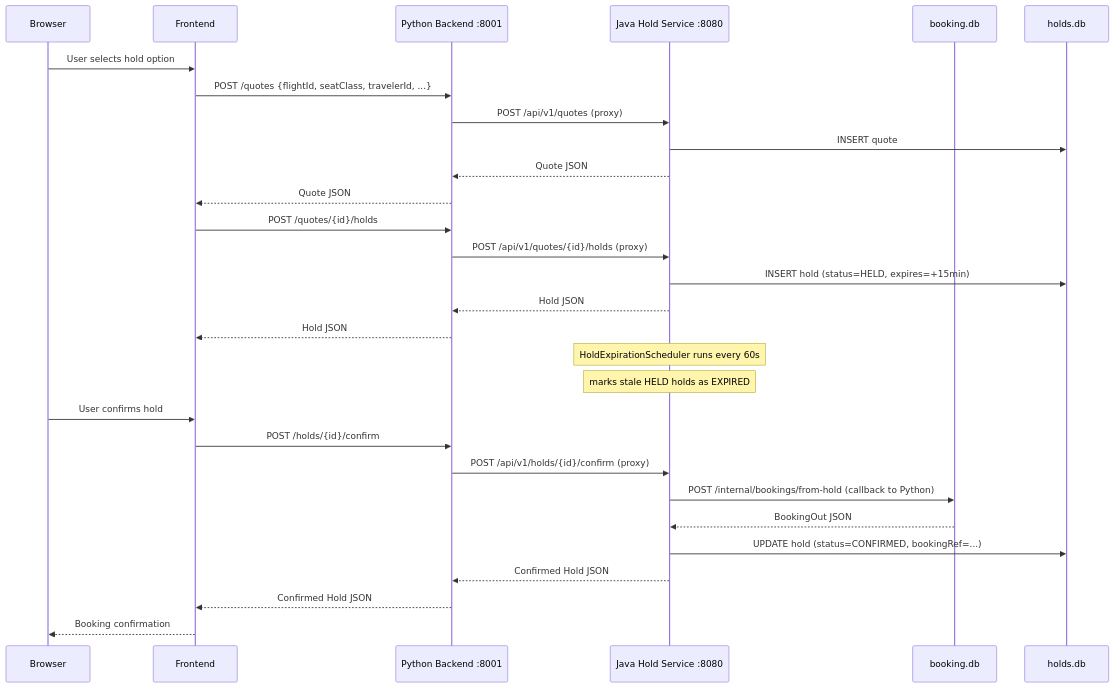
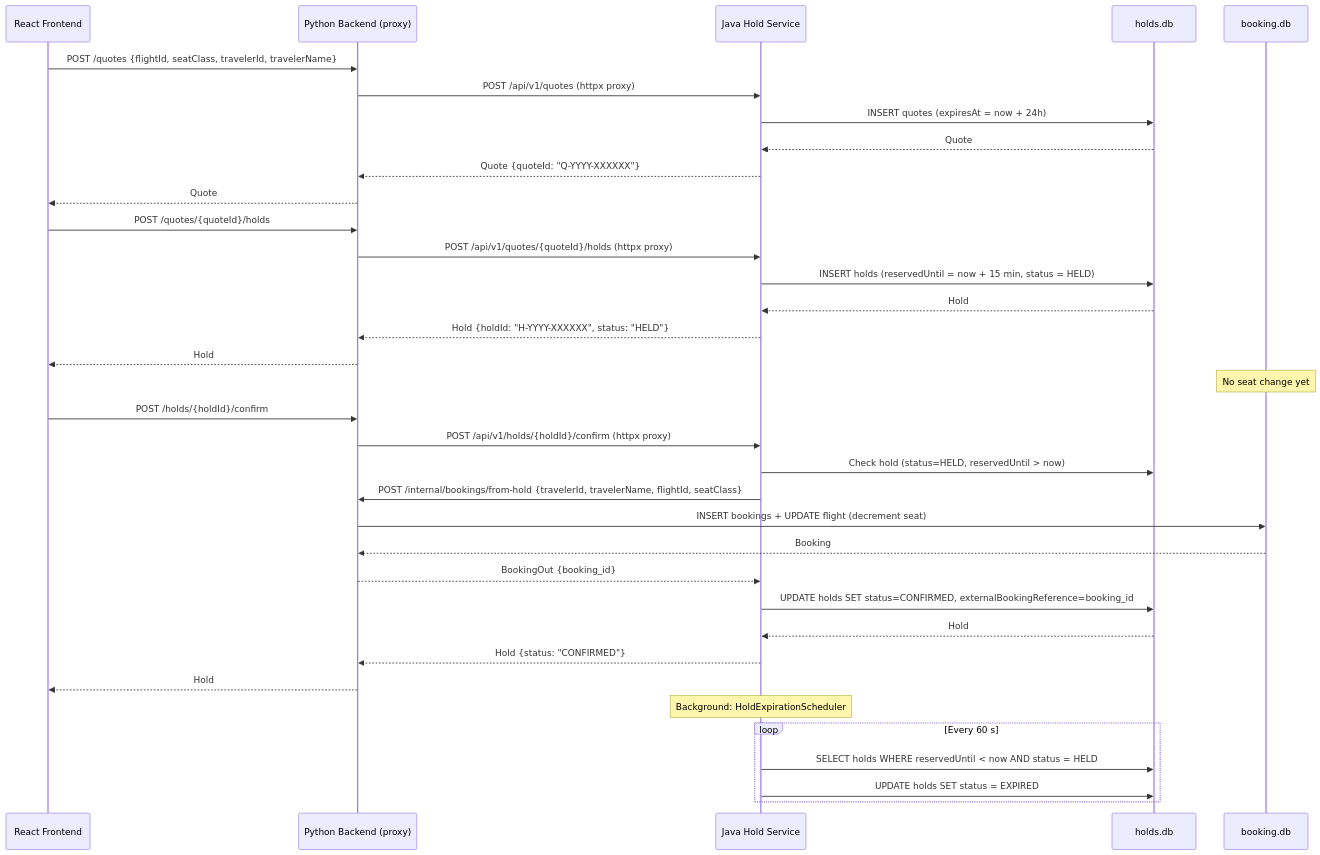
One commit to saravana-dev71/Onboarding-copilot changed the fourth of 6 diagrams in docs/onboarding/architecture.md. Above: the diagram before and after it, drawn with Mermaid. The commit also changed other lines of this file and 5 other files, not shown here.

````diff
--- a/docs/onboarding/architecture.md
+++ b/docs/onboarding/architecture.md
@@ -147,35 +261,41 @@
 ```mermaid
 sequenceDiagram
-    participant Browser
-    participant Frontend
-    participant Python as Python Backend :8001
-    participant Java as Java Hold Service :8080
-    participant BookingDB as booking.db
-    participant HoldDB as holds.db
+    participant FE as React Frontend
+    participant PY as Python Backend (proxy)
+    participant JAVA as Java Hold Service
+    participant DB_J as holds.db
+    participant DB_P as booking.db
 
-    Browser->>Frontend: User selects hold option
-    Frontend->>Python: POST /quotes {flightId, seatClass, travelerId, ...}
-    Python->>Java: POST /api/v1/quotes (proxy)
-    Java->>HoldDB: INSERT quote
-    Java-->>Python: Quote JSON
-    Python-->>Frontend: Quote JSON
+    FE->>PY: POST /quotes {flightId, seatClass, travelerId, travelerName}
+    PY->>JAVA: POST /api/v1/quotes (httpx proxy)
+    JAVA->>DB_J: INSERT quotes (expiresAt = now + 24h)
+    DB_J-->>JAVA: Quote
+    JAVA-->>PY: Quote {quoteId: "Q-YYYY-XXXXXX"}
+    PY-->>FE: Quote
 
-    Frontend->>Python: POST /quotes/{id}/holds
-    Python->>Java: POST /api/v1/quotes/{id}/holds (proxy)
-    Java->>HoldDB: INSERT hold (status=HELD, expires=+15min)
-    Java-->>Python: Hold JSON
-    Python-->>Frontend: Hold JSON
+    FE->>PY: POST /quotes/{quoteId}/holds
+    PY->>JAVA: POST /api/v1/quotes/{quoteId}/holds (httpx proxy)
+    JAVA->>DB_J: INSERT holds (reservedUntil = now + 15 min, status = HELD)
+    DB_J-->>JAVA: Hold
+    JAVA-->>PY: Hold {holdId: "H-YYYY-XXXXXX", status: "HELD"}
+    PY-->>FE: Hold
+    Note over DB_P: No seat change yet
 
-    Note over Java: HoldExpirationScheduler runs every 60s
-    Note over Java: marks stale HELD holds as EXPIRED
+    FE->>PY: POST /holds/{holdId}/confirm
+    PY->>JAVA: POST /api/v1/holds/{holdId}/confirm (httpx proxy)
+    JAVA->>DB_J: Check hold (status=HELD, reservedUntil > now)
+    JAVA->>PY: POST /internal/bookings/from-hold {travelerId, travelerName, flightId, seatClass}
+    PY->>DB_P: INSERT bookings + UPDATE flight (decrement seat)
+    DB_P-->>PY: Booking
+    PY-->>JAVA: BookingOut {booking_id}
+    JAVA->>DB_J: UPDATE holds SET status=CONFIRMED, externalBookingReference=booking_id
+    DB_J-->>JAVA: Hold
+    JAVA-->>PY: Hold {status: "CONFIRMED"}
+    PY-->>FE: Hold
 
-    Browser->>Frontend: User confirms hold
-    Frontend->>Python: POST /holds/{id}/confirm
-    Python->>Java: POST /api/v1/holds/{id}/confirm (proxy)
-    Java->>BookingDB: POST /internal/bookings/from-hold (callback to Python)
-    BookingDB-->>Java: BookingOut JSON
-    Java->>HoldDB: UPDATE hold (status=CONFIRMED, bookingRef=...)
-    Java-->>Python: Confirmed Hold JSON
-    Python-->>Frontend: Confirmed Hold JSON
-    Frontend-->>Browser: Booking confirmation
+    Note over JAVA: Background: HoldExpirationScheduler
+    loop Every 60 s
+        JAVA->>DB_J: SELECT holds WHERE reservedUntil < now AND status = HELD
+        JAVA->>DB_J: UPDATE holds SET status = EXPIRED
+    end
 ```
````
